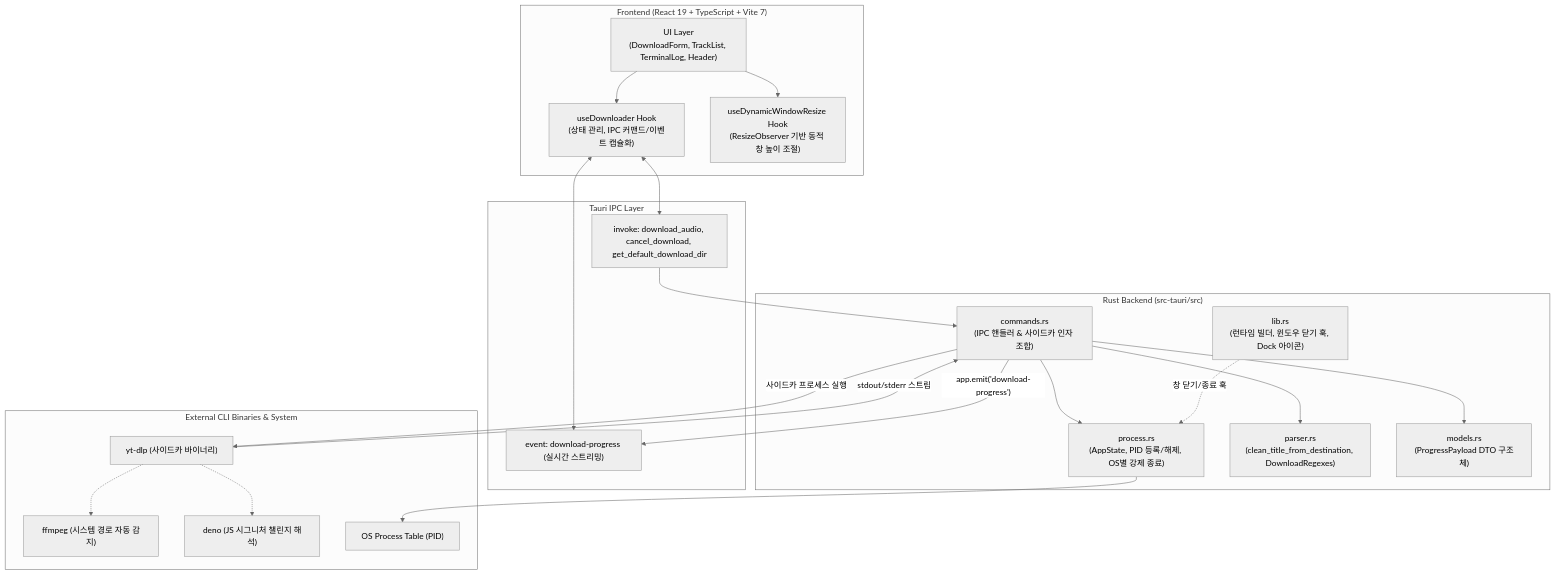
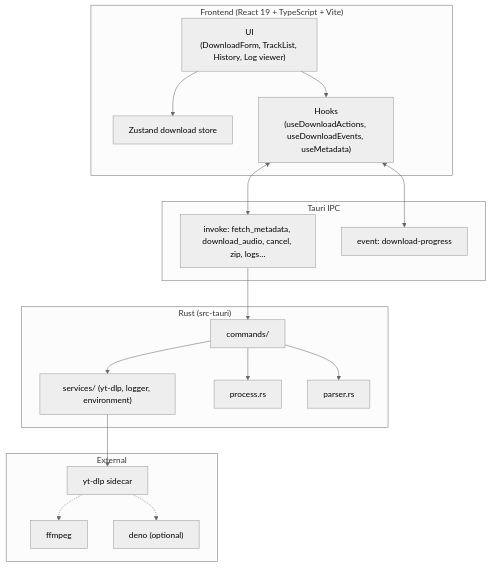
The diagram in README.md (s4ngwoo/youtube-playlist-downloader), drawn with Mermaid (neutral theme) before and after one commit. The commit also changed other lines of this file and 20 other files, not shown here.

````diff
--- a/README.md
+++ b/README.md
@@ -91,47 +103,38 @@
 ```mermaid
 flowchart TB
-    subgraph Frontend["Frontend (React 19 + TypeScript + Vite 7)"]
-        UI["UI Layer\n(DownloadForm, TrackList, TerminalLog, Header)"]
-        HookDownloader["useDownloader Hook\n(상태 관리, IPC 커맨드/이벤트 캡슐화)"]
-        HookResize["useDynamicWindowResize Hook\n(ResizeObserver 기반 동적 창 높이 조절)"]
+    subgraph Frontend["Frontend (React 19 + TypeScript + Vite)"]
+        UI["UI\n(DownloadForm, TrackList, History, Log viewer)"]
+        Store["Zustand download store"]
+        Hooks["Hooks\n(useDownloadActions, useDownloadEvents, useMetadata)"]
     end
 
-    subgraph IPC["Tauri IPC Layer"]
-        Invoke["invoke: download_audio, cancel_download, get_default_download_dir"]
-        Listen["event: download-progress (실시간 스트리밍)"]
+    subgraph IPC["Tauri IPC"]
+        Invoke["invoke: fetch_metadata, download_audio, cancel, zip, logs…"]
+        Listen["event: download-progress"]
     end
 
-    subgraph Backend["Rust Backend (src-tauri/src)"]
-        Lib["lib.rs\n(런타임 빌더, 윈도우 닫기 훅, Dock 아이콘)"]
-        Commands["commands.rs\n(IPC 핸들러 & 사이드카 인자 조합)"]
-        Process["process.rs\n(AppState, PID 등록/해제, OS별 강제 종료)"]
-        Parser["parser.rs\n(clean_title_from_destination, DownloadRegexes)"]
-        Models["models.rs\n(ProgressPayload DTO 구조체)"]
+    subgraph Backend["Rust (src-tauri)"]
+        Commands["commands/"]
+        Services["services/ (yt-dlp, logger, environment)"]
+        Process["process.rs"]
+        Parser["parser.rs"]
     end
 
-    subgraph External["External CLI Binaries & System"]
-        YTDLP["yt-dlp (사이드카 바이너리)"]
-        FFMPEG["ffmpeg (시스템 경로 자동 감지)"]
-        DENO["deno (JS 시그니처 챌린지 해석)"]
-        OS_Proc["OS Process Table (PID)"]
+    subgraph External["External"]
+        YTDLP["yt-dlp sidecar"]
+        FFMPEG["ffmpeg"]
+        DENO["deno (optional)"]
     end
 
-    UI --> HookDownloader
-    UI --> HookResize
-    HookDownloader <--> Invoke
-    HookDownloader <--> Listen
-
+    UI --> Store
+    UI --> Hooks
+    Hooks <--> Invoke
+    Hooks <--> Listen
     Invoke --> Commands
+    Commands --> Services
     Commands --> Process
     Commands --> Parser
-    Commands --> Models
-    Process --> OS_Proc
-
-    Commands -- "사이드카 프로세스 실행" --> YTDLP
+    Services --> YTDLP
     YTDLP -.-> FFMPEG
     YTDLP -.-> DENO
-    YTDLP -- "stdout/stderr 스트림" --> Commands
-    Commands -- "app.emit('download-progress')" --> Listen
-
-    Lib -. "창 닫기/종료 훅" .-> Process
 ```
````
